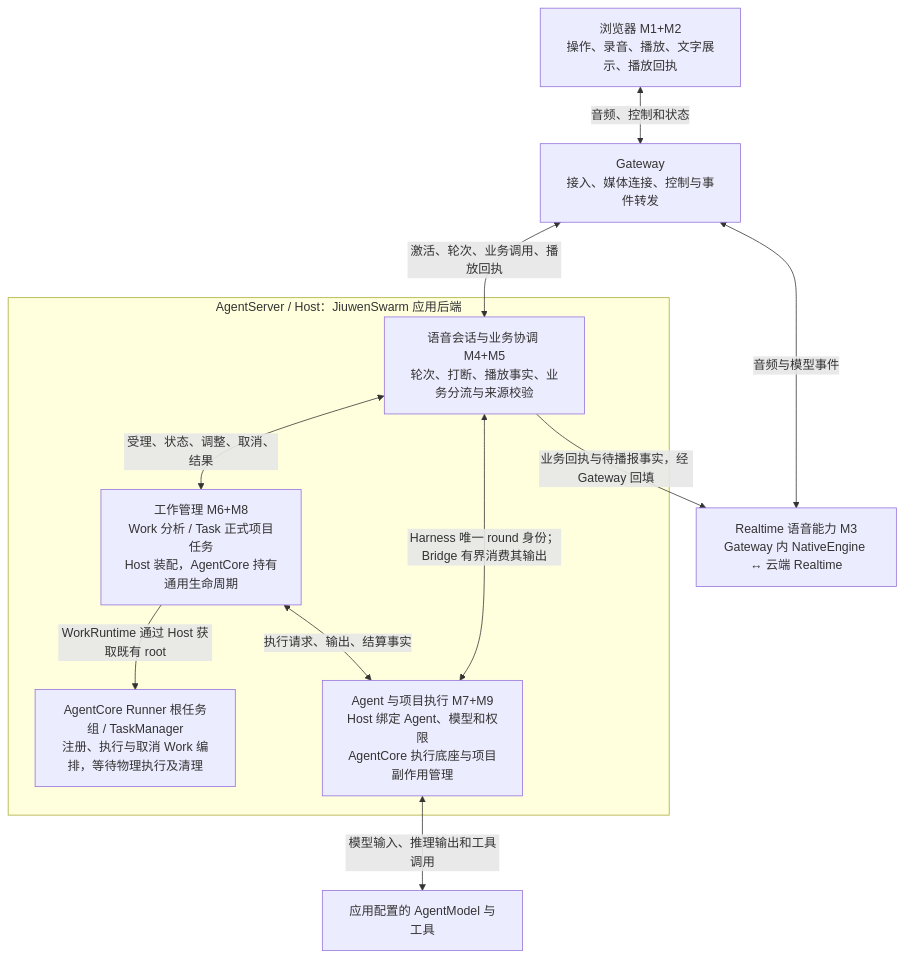
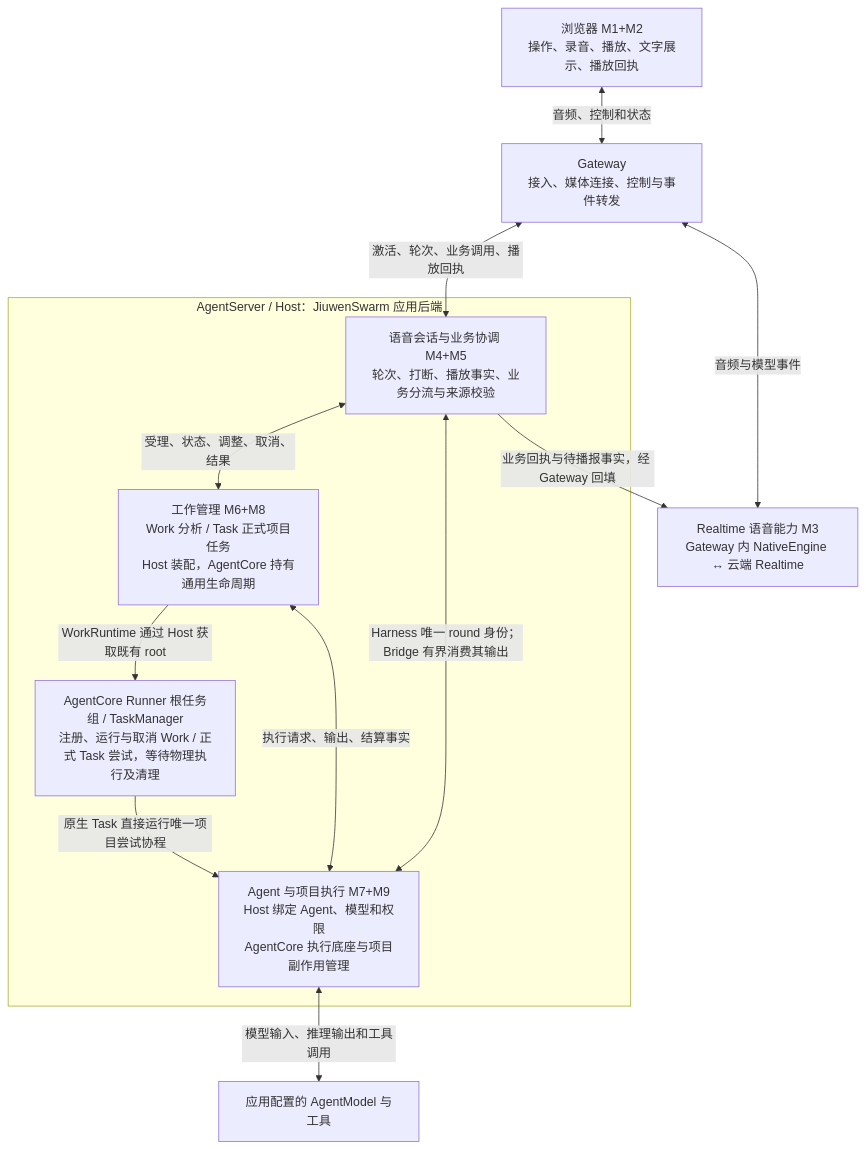
The first of 2 diagrams in live-voice/architecture/LIVE_VOICE_MODULE_GUIDE.md (agtai/jiuwenswarm), drawn with Mermaid before and after one commit. The commit also changed other lines of this file and 15 other files, not shown here.

````diff
--- a/live-voice/architecture/LIVE_VOICE_MODULE_GUIDE.md
+++ b/live-voice/architecture/LIVE_VOICE_MODULE_GUIDE.md
@@ -21,21 +21,22 @@
 ```mermaid
 flowchart TB
   B["浏览器 M1+M2<br/>操作、录音、播放、文字展示、播放回执"]
   G["Gateway<br/>接入、媒体连接、控制与事件转发"]
   E["Realtime 语音能力 M3<br/>Gateway 内 NativeEngine ↔ 云端 Realtime"]
   subgraph H["AgentServer / Host：JiuwenSwarm 应用后端"]
     C["语音会话与业务协调 M4+M5<br/>轮次、打断、播放事实、业务分流与来源校验"]
     W["工作管理 M6+M8<br/>Work 分析 / Task 正式项目任务<br/>Host 装配，AgentCore 持有通用生命周期"]
-    R["AgentCore Runner 根任务组 / TaskManager<br/>注册、执行与取消 Work 编排，等待物理执行及清理"]
+    R["AgentCore Runner 根任务组 / TaskManager<br/>注册、运行与取消 Work / 正式 Task 尝试，等待物理执行及清理"]
     W -->|WorkRuntime 通过 Host 获取既有 root| R
+    R -->|原生 Task 直接运行唯一项目尝试协程| X
     X["Agent 与项目执行 M7+M9<br/>Host 绑定 Agent、模型和权限<br/>AgentCore 执行底座与项目副作用管理"]
     C <-->|受理、状态、调整、取消、结果| W
     W <-->|执行请求、输出、结算事实| X
     C <-->|Harness 唯一 round 身份；Bridge 有界消费其输出| X
   end
   B <-->|音频、控制和状态| G
   G <-->|音频与模型事件| E
   G <-->|激活、轮次、业务调用、播放回执| C
   C -->|业务回执与待播报事实，经 Gateway 回填| E
   X <-->|模型输入、推理输出和工具调用| A["应用配置的 AgentModel 与工具"]
 ```
````
